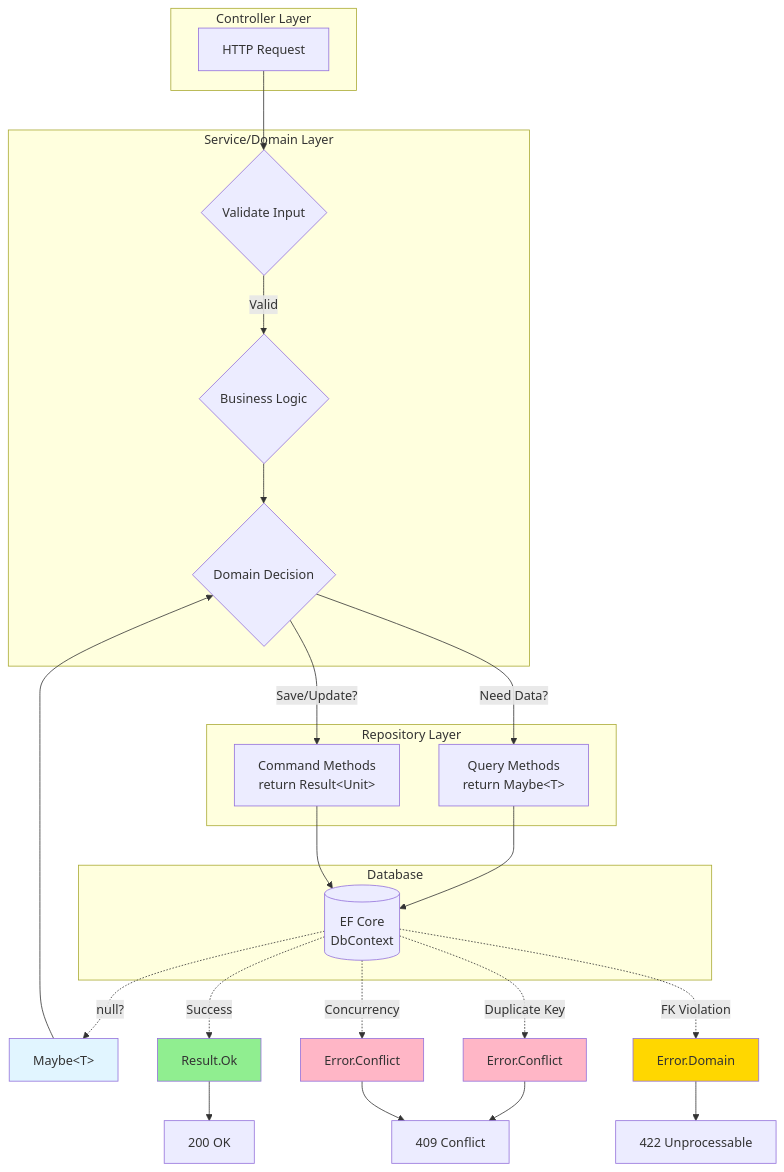
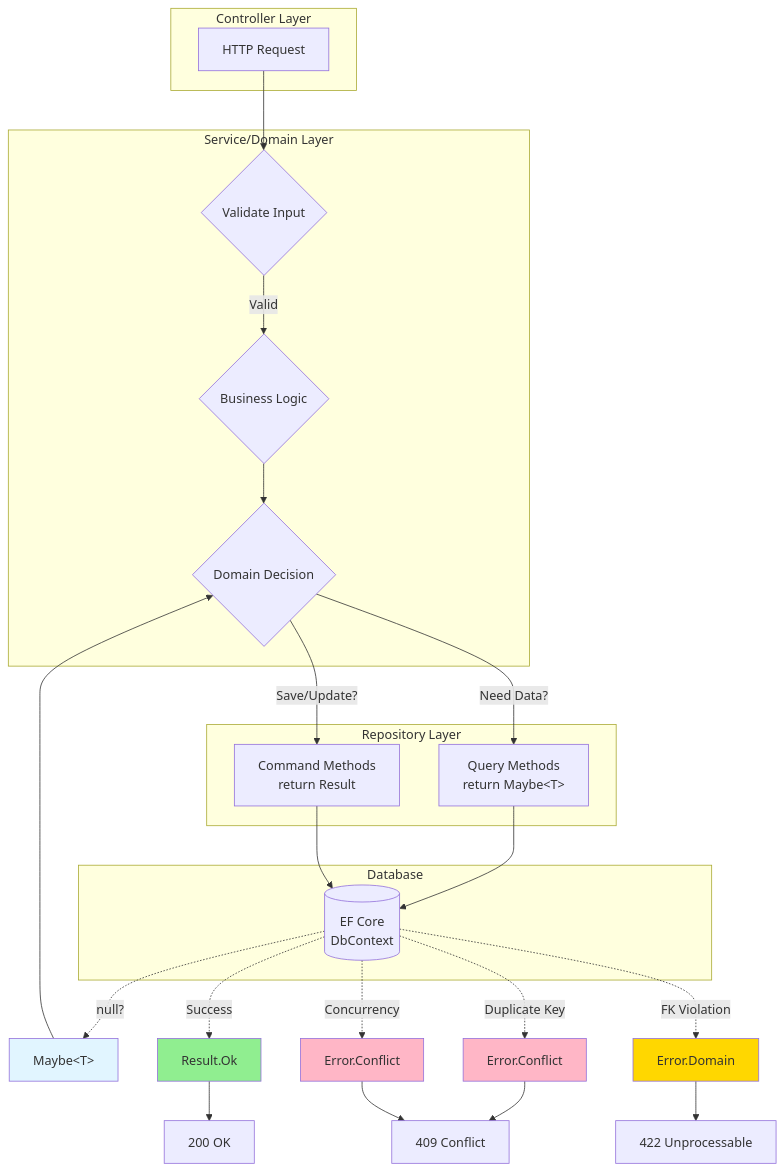
Before and after one commit to xavierjohn/Trellis: the sixth of 18 diagrams in docs/DIAGRAMS.md, drawn with Mermaid. The commit also changed 65 other files, not shown here.

First line of the commit message:
Replace Result<Unit> with non-generic Result (Phase 1a PR5) (#394)

````diff
--- a/docs/DIAGRAMS.md
+++ b/docs/DIAGRAMS.md
@@ -221,48 +221,48 @@
 ```mermaid
 graph TB
     subgraph Controller["Controller Layer"]
         REQ[HTTP Request]
     end
     
     subgraph Service["Service/Domain Layer"]
         VAL{Validate Input}
         LOGIC{Business Logic}
         DEC{Domain Decision}
     end
     
     subgraph Repository["Repository Layer"]
         QUERY[Query Methods<br/>return Maybe&lt;T&gt;]
-        COMMAND[Command Methods<br/>return Result&lt;Unit&gt;]
+        COMMAND[Command Methods<br/>return Result]
     end
     
     subgraph Database["Database"]
         DB[(EF Core<br/>DbContext)]
     end
     
     REQ --> VAL
     VAL -->|Valid| LOGIC
     LOGIC --> DEC
     
     DEC -->|Need Data?| QUERY
     QUERY --> DB
     DB -.->|null?| MAYBE[Maybe&lt;T&gt;]
     MAYBE --> DEC
     
     DEC -->|Save/Update?| COMMAND
     COMMAND --> DB
     DB -.->|Success| RES_OK[Result.Ok]
     DB -.->|Duplicate Key| RES_CONFLICT[Error.Conflict]
     DB -.->|FK Violation| RES_DOMAIN[Error.Domain]
     DB -.->|Concurrency| RES_CONFLICT2[Error.Conflict]
     
     RES_OK --> HTTP_OK[200 OK]
     RES_CONFLICT --> HTTP_409[409 Conflict]
     RES_DOMAIN --> HTTP_422[422 Unprocessable]
     RES_CONFLICT2 --> HTTP_409
     
     style MAYBE fill:#E1F5FF
     style RES_OK fill:#90EE90
     style RES_CONFLICT fill:#FFB6C6
     style RES_DOMAIN fill:#FFD700
     style RES_CONFLICT2 fill:#FFB6C6
 ```
````
